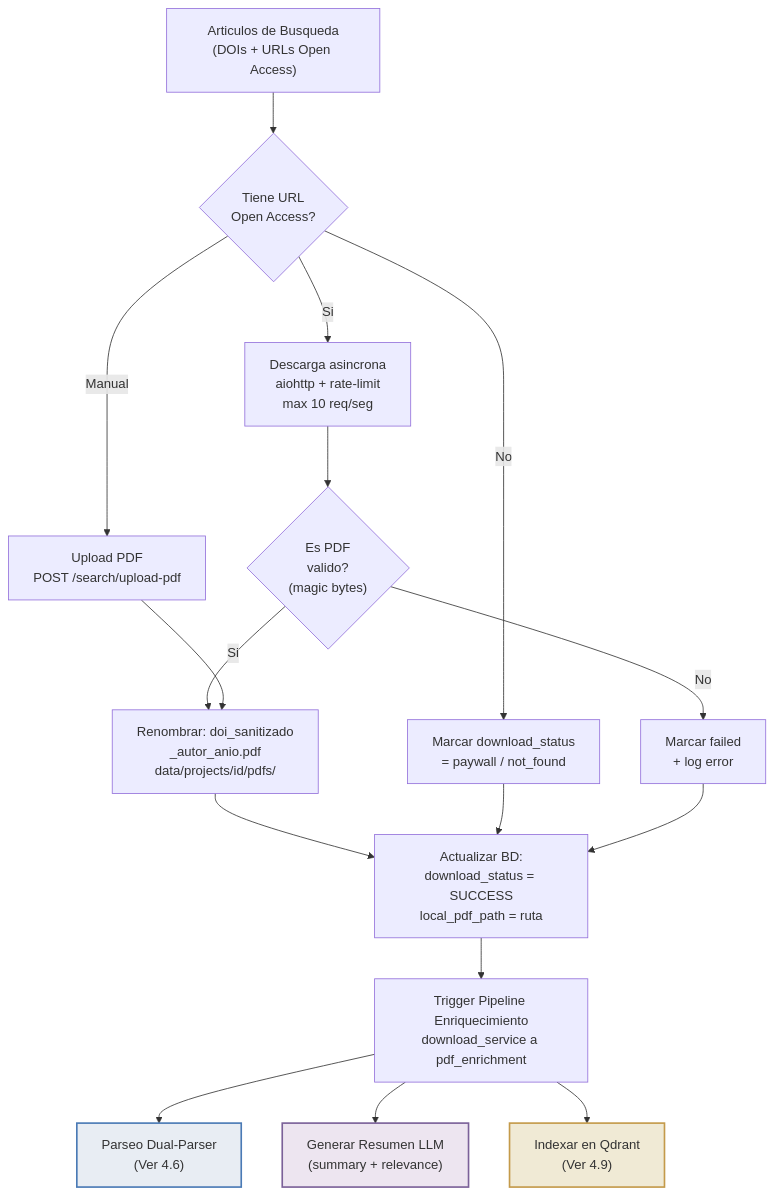
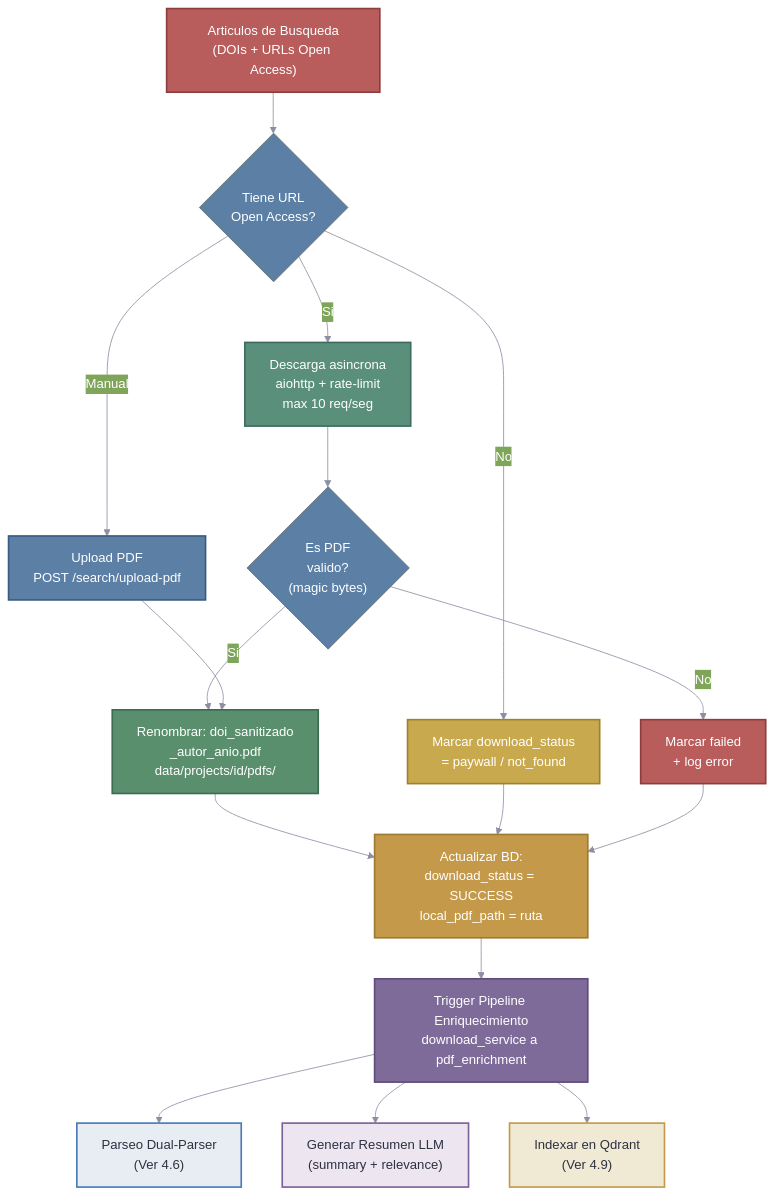
One commit to AlexPrietoRomani/AgriSearch changed the sixth of 13 diagrams in docs/architecture/arquitectura.md. Above: the diagram before and after it, drawn with Mermaid. The commit also changed other lines of this file, not shown here.

````diff
--- a/docs/architecture/arquitectura.md
+++ b/docs/architecture/arquitectura.md
@@ -357,25 +526,39 @@
 ```mermaid
+%%{init: {'theme': 'base', 'themeVariables': {'primaryColor': '#5b7fa5', 'primaryTextColor': '#fff', 'lineColor': '#8b8fa3', 'textColor': '#2d3142'}}}%%
 graph TD
+    classDef frontend fill:#5b7fa5,stroke:#3d5a80,color:#ffffff,stroke-width:2px
+    classDef backend fill:#5a8f7b,stroke:#3d6b5e,color:#ffffff,stroke-width:2px
+    classDef llm fill:#7e6b99,stroke:#5e4d7a,color:#ffffff,stroke-width:2px
+    classDef database fill:#c49a4a,stroke:#9c7a30,color:#ffffff,stroke-width:2px
+    classDef external fill:#b85c5c,stroke:#8c3e3e,color:#ffffff,stroke-width:2px
+    classDef user fill:#7a7a7a,stroke:#555555,color:#ffffff,stroke-width:2px
+    classDef success fill:#5a9e6f,stroke:#3d7a4f,color:#ffffff,stroke-width:2px
+    classDef warning fill:#c9a94e,stroke:#9c8230,color:#ffffff,stroke-width:2px
+    classDef error fill:#b85c5c,stroke:#8c3e3e,color:#ffffff,stroke-width:2px
+    classDef parser_odl fill:#4a7ab5,stroke:#345a8a,color:#ffffff,stroke-width:2px
+    classDef parser_mit fill:#7b6199,stroke:#5c4577,color:#ffffff,stroke-width:2px
+    classDef common fill:#5a8f6e,stroke:#3d6b52,color:#ffffff,stroke-width:2px
+
     A["Articulos de Busqueda<br/>(DOIs + URLs Open Access)"]:::external --> B{"Tiene URL<br/>Open Access?"}
     B -->|"Si"| C["Descarga asincrona<br/>aiohttp + rate-limit<br/>max 10 req/seg"]:::backend
     B -->|"No"| D["Marcar download_status<br/>= paywall / not_found"]:::warning
     B -->|"Manual"| E["Upload PDF<br/>POST /search/upload-pdf"]:::frontend
 
     C --> F{"Es PDF<br/>valido?<br/>(magic bytes)"} 
     F -->|"Si"| G["Renombrar: doi_sanitizado<br/>_autor_anio.pdf<br/>data/projects/id/pdfs/"]:::common
     F -->|"No"| H["Marcar failed<br/>+ log error"]:::error
 
     E --> G
     G --> I["Actualizar BD:<br/>download_status = SUCCESS<br/>local_pdf_path = ruta"]:::database
     D --> I
     H --> I
 
     I --> J["Trigger Pipeline Enriquecimiento<br/>download_service a pdf_enrichment"]:::llm
     J --> K["Parseo Dual-Parser<br/>(Ver 4.6)"]
     J --> L["Generar Resumen LLM<br/>(summary + relevance)"]
     J --> M["Indexar en Qdrant<br/>(Ver 4.9)"]
 
-    style K fill:#e8edf3,stroke:#4a7ab5,stroke-width:2px
-    style L fill:#ede5f0,stroke:#7b6199,stroke-width:2px
-    style M fill:#f0ead5,stroke:#c49a4a,stroke-width:2px
+    style K fill:#e8edf3,stroke:#4a7ab5,stroke-width:2px,color:#2d3142
+    style L fill:#ede5f0,stroke:#7b6199,stroke-width:2px,color:#2d3142
+    style M fill:#f0ead5,stroke:#c49a4a,stroke-width:2px,color:#2d3142
 ```
````
